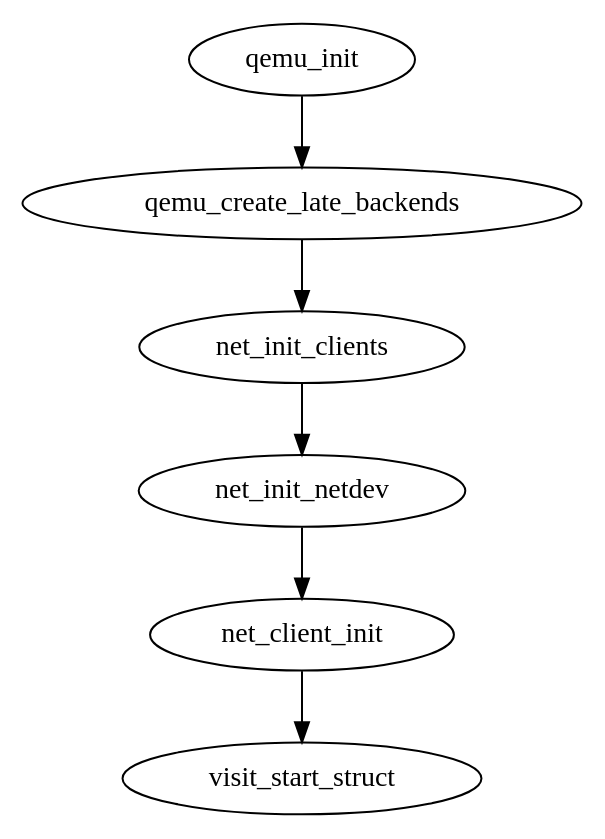
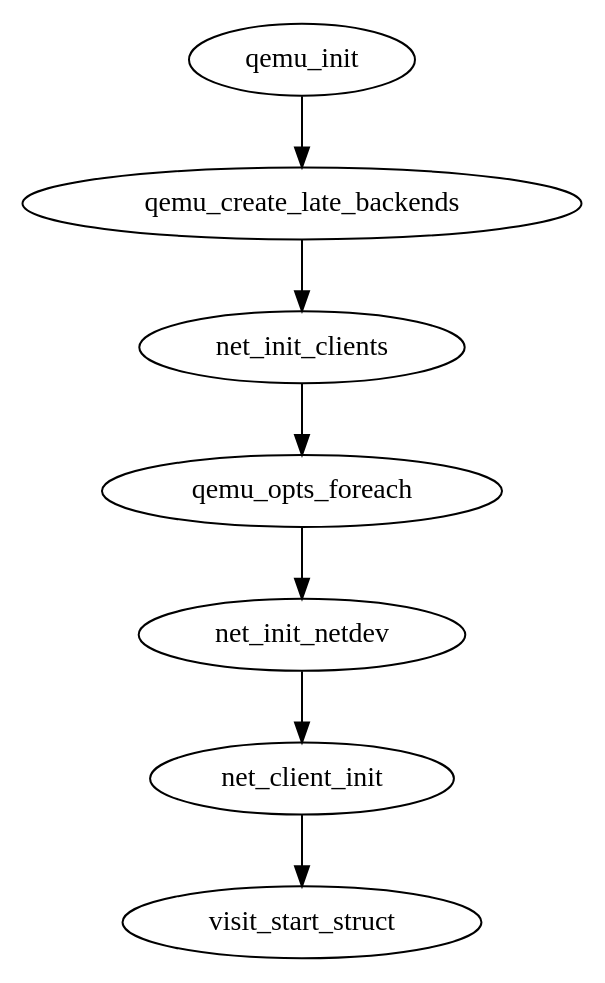
The diagram in qemu/qemu vhost_user的初始化逻辑.md (sisyphus1212/note), drawn with Graphviz before and after one commit.

Commit message:
auto_update

````diff
--- a/qemu/qemu vhost_user的初始化逻辑.md
+++ b/qemu/qemu vhost_user的初始化逻辑.md
@@ -13,5 +13,5 @@
 ```graphviz
 digraph {
-qemu_init -> qemu_create_late_backends -> net_init_clients -> net_init_netdev -> net_client_init -> visit_start_struct
+qemu_init -> qemu_create_late_backends -> net_init_clients -> qemu_opts_foreach -> net_init_netdev -> net_client_init -> visit_start_struct
 }
 ```
````
